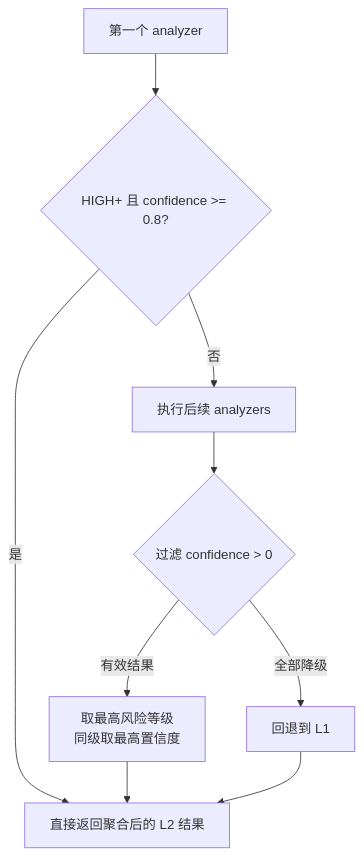
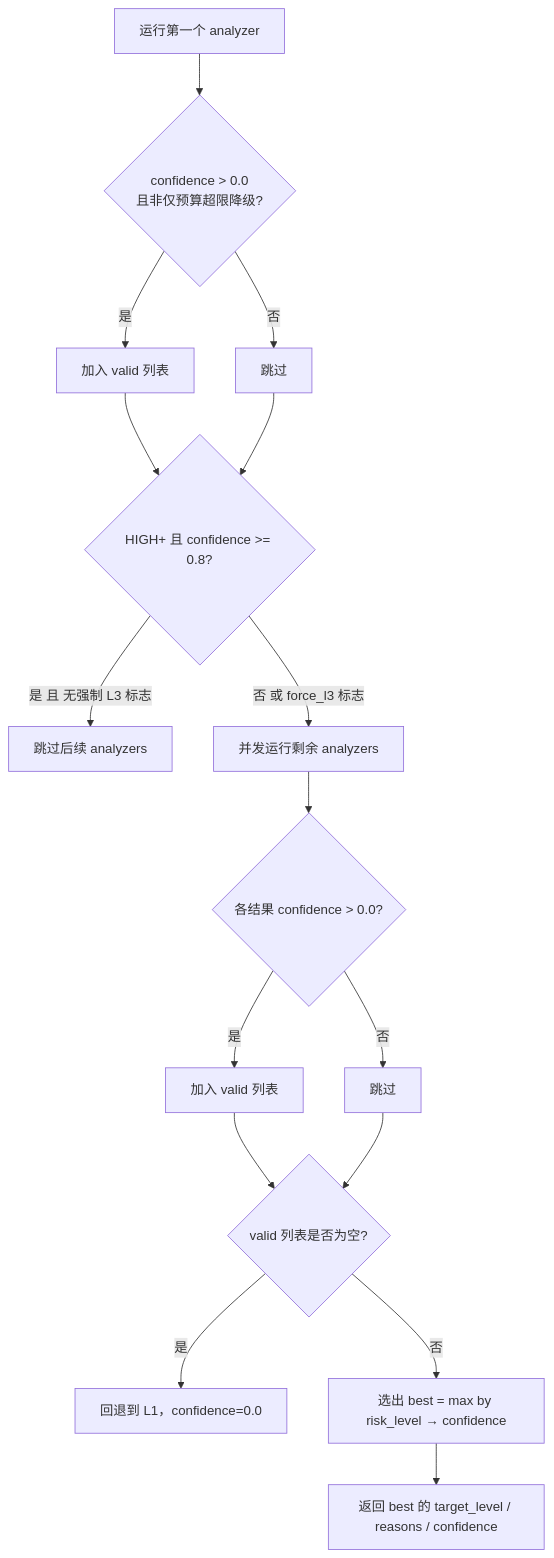
The second of 3 diagrams in site-docs/decision-layers/l2-semantic.md (AI45Lab/ClawSentry), drawn with Mermaid before and after one commit. The commit also changed other lines of this file and 17 other files, not shown here.

First line of the commit message:
docs: 全站文档重构 — 中文化 + Mermaid 流程图

````diff
--- a/site-docs/decision-layers/l2-semantic.md
+++ b/site-docs/decision-layers/l2-semantic.md
@@ -339,11 +248,17 @@
 ```mermaid
 graph TD
-    L2A[第一个 analyzer] --> D{HIGH+ 且 confidence >= 0.8?}
-    D -->|是| OUT[直接返回聚合后的 L2 结果]
-    D -->|否| NEXT[执行后续 analyzers]
-    NEXT --> F{过滤 confidence > 0}
-    F -->|有效结果| MAX[取最高风险等级<br/>同级取最高置信度]
-    F -->|全部降级| FB[回退到 L1]
-    MAX --> OUT
-    FB --> OUT
+    A[运行第一个 analyzer] --> B{confidence > 0.0 \n 且非仅预算超限降级?}
+    B -->|是| C[加入 valid 列表]
+    B -->|否| D[跳过]
+    C --> E{HIGH+ 且 confidence >= 0.8?}
+    D --> E
+    E -->|是 且 无强制 L3 标志| OUT[跳过后续 analyzers]
+    E -->|否 或 force_l3 标志| F[并发运行剩余 analyzers]
+    F --> G{各结果 confidence > 0.0?}
+    G -->|是| C2[加入 valid 列表]
+    G -->|否| D2[跳过]
+    C2 & D2 --> H{valid 列表是否为空?}
+    H -->|是| FB[回退到 L1，confidence=0.0]
+    H -->|否| SEL[选出 best = max by risk_level → confidence]
+    SEL --> OUT2[返回 best 的 target_level / reasons / confidence]
 ```
````
